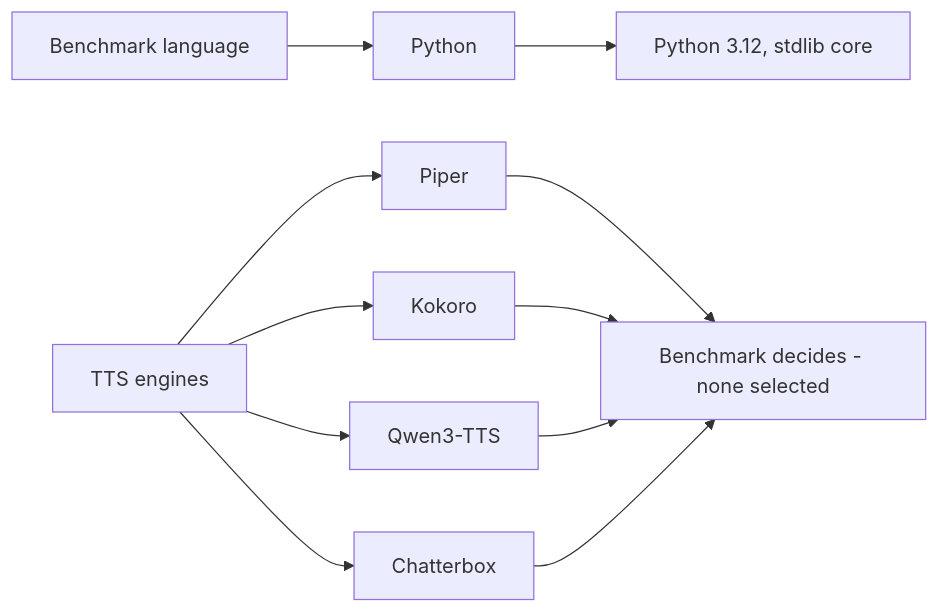
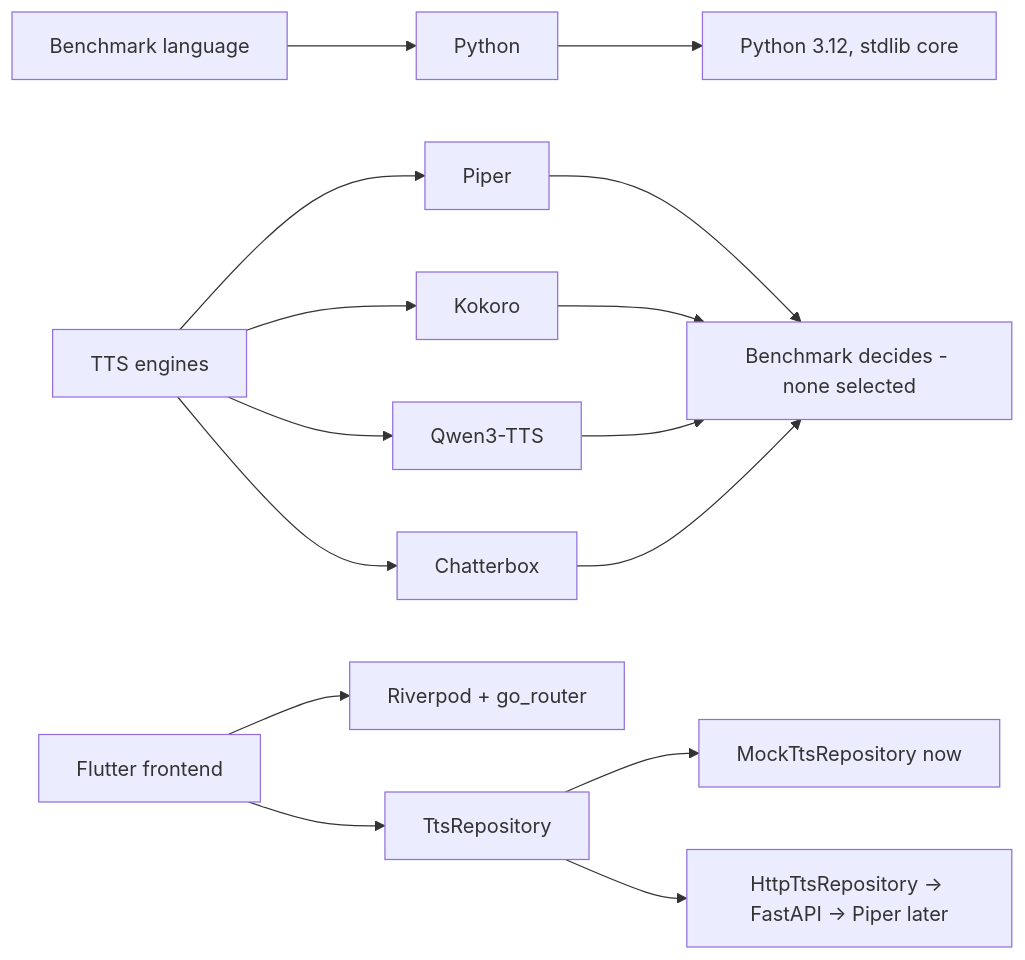
Before and after one commit to roshandroids/custom-navigation-voice-generator: the diagram in brain/stack.md, drawn with Mermaid. The commit also changed other lines of this file and 235 other files, not shown here.

````diff
--- a/brain/stack.md
+++ b/brain/stack.md
@@ -26,13 +28,17 @@
 ```mermaid
 graph LR
   D[Benchmark language] --> C1[Python]
   C1 --> P[Python 3.12, stdlib core]
   D2[TTS engines] --> C2[Piper]
   D2 --> C3[Kokoro]
   D2 --> C4[Qwen3-TTS]
   D2 --> C5[Chatterbox]
   C2 --> P2[Benchmark decides - none selected]
   C3 --> P2
   C4 --> P2
   C5 --> P2
+  F[Flutter frontend] --> FR[Riverpod + go_router]
+  F --> TTSB[TtsRepository]
+  TTSB --> M[MockTtsRepository now]
+  TTSB --> H[HttpTtsRepository -> FastAPI -> Piper later]
 ```
````
